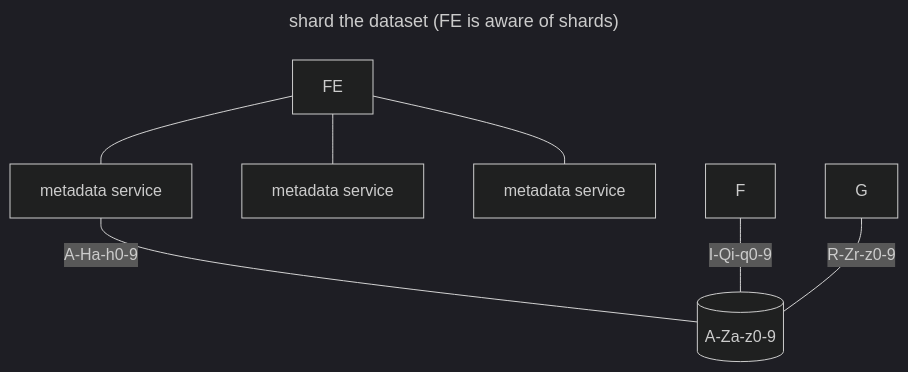
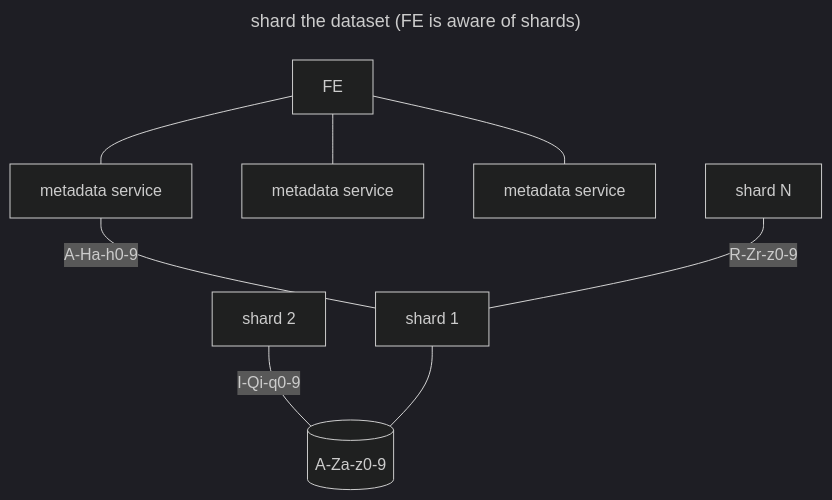
Before and after one commit to brk-a/system-design: the fourth of 8 diagrams in 0x07-distributed_message_queue/0-distributed_message_queue.md, drawn with Mermaid (dark theme). The commit also changed other lines of this file, not shown here.

````diff
--- a/0x07-distributed_message_queue/0-distributed_message_queue.md
+++ b/0x07-distributed_message_queue/0-distributed_message_queue.md
@@ -166,12 +167,13 @@
     ```mermaid
     ---
     title: shard the dataset (FE is aware of shards)
     ---
         flowchart TD
         A[FE]---B[metadata service]
         A---C[metadata service]
         A---D[metadata service]
-        B--"A-Ha-h0-9"---E[(A-Za-z0-9)]
-        F--"I-Qi-q0-9"---E
-        G--"R-Zr-z0-9"---E
+        B--"A-Ha-h0-9"---E[shard 1]
+        F[shard 2]--"I-Qi-q0-9"---G[(A-Za-z0-9)]
+        H[shard N]--"R-Zr-z0-9"---E
+        E---G
     ```
````
